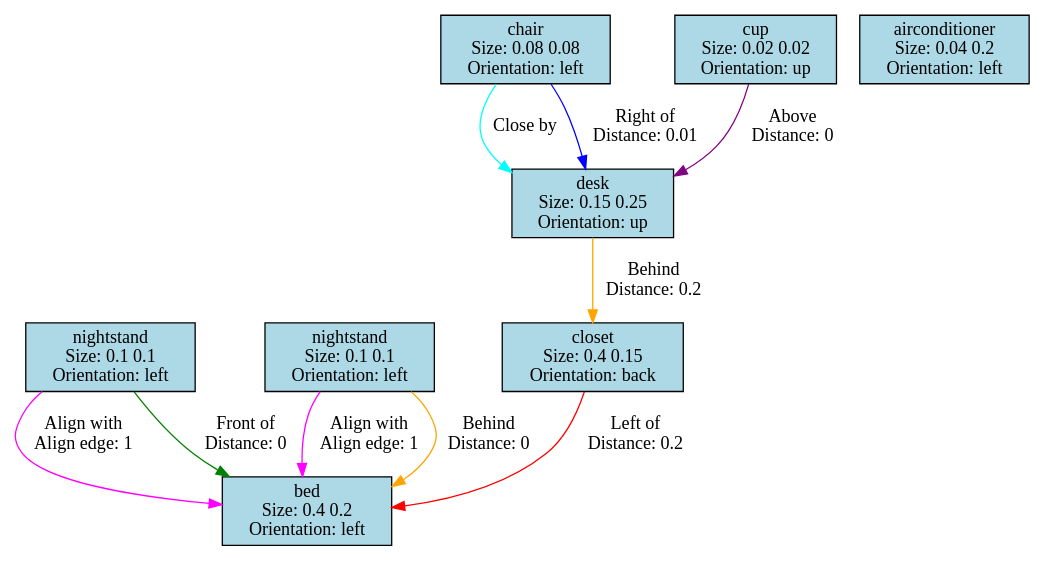
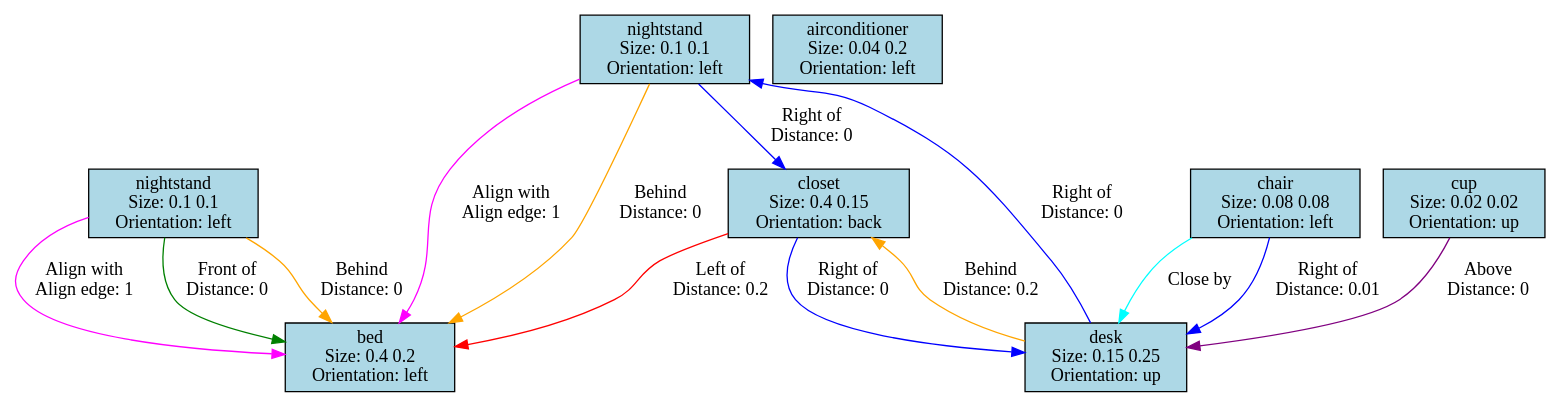
One commit to iambrc/AutoHomePlan changed the diagram in Assets/SceneGraph/graph_in.dot. Above: the diagram before and after it, drawn with Graphviz. The commit also changed 17 other files, not shown here.

Commit message:
Provided a basic conflict constraint selection scheme / Fixed the bug of importing the scene graph multiple times / Modified the skybox

```diff
--- a/Assets/SceneGraph/graph_in.dot
+++ b/Assets/SceneGraph/graph_in.dot
@@ -1,19 +1,23 @@
 digraph G {
 0[label="bed\nSize: 0.4 0.2\nOrientation: left", shape=rect, style=filled, fillcolor="lightblue", width=0.4, height=0.2];
 1[label="nightstand\nSize: 0.1 0.1\nOrientation: left", shape=rect, style=filled, fillcolor="lightblue", width=0.1, height=0.1];
 2[label="nightstand\nSize: 0.1 0.1\nOrientation: left", shape=rect, style=filled, fillcolor="lightblue", width=0.1, height=0.1];
 3[label="closet\nSize: 0.4 0.15\nOrientation: back", shape=rect, style=filled, fillcolor="lightblue", width=0.4, height=0.15];
 4[label="desk\nSize: 0.15 0.25\nOrientation: up", shape=rect, style=filled, fillcolor="lightblue", width=0.15, height=0.25];
 5[label="chair\nSize: 0.08 0.08\nOrientation: left", shape=rect, style=filled, fillcolor="lightblue", width=0.08, height=0.08];
 6[label="airconditioner\nSize: 0.04 0.2\nOrientation: left", shape=rect, style=filled, fillcolor="lightblue", width=0.04, height=0.2];
 7[label="cup\nSize: 0.02 0.02\nOrientation: up", shape=rect, style=filled, fillcolor="lightblue", width=0.02, height=0.02];
 1->0 [label="Align with\nAlign edge: 1\n", color="magenta"];
 1->0 [label="Front of\nDistance: 0\n", color="green"];
+1->0 [label="Behind\nDistance: 0\n", color="orange"];
 2->0 [label="Align with\nAlign edge: 1\n", color="magenta"];
 2->0 [label="Behind\nDistance: 0\n", color="orange"];
+2->3 [label="Right of\nDistance: 0\n", color="blue"];
 3->0 [label="Left of\nDistance: 0.2\n", color="red"];
+3->4 [label="Right of\nDistance: 0\n", color="blue"];
 4->3 [label="Behind\nDistance: 0.2\n", color="orange"];
+4->2 [label="Right of\nDistance: 0\n", color="blue"];
 5->4 [label="Close by\n", color="cyan"];
 5->4 [label="Right of\nDistance: 0.01\n", color="blue"];
 7->4 [label="Above\nDistance: 0\n", color="purple"];
 }
```
